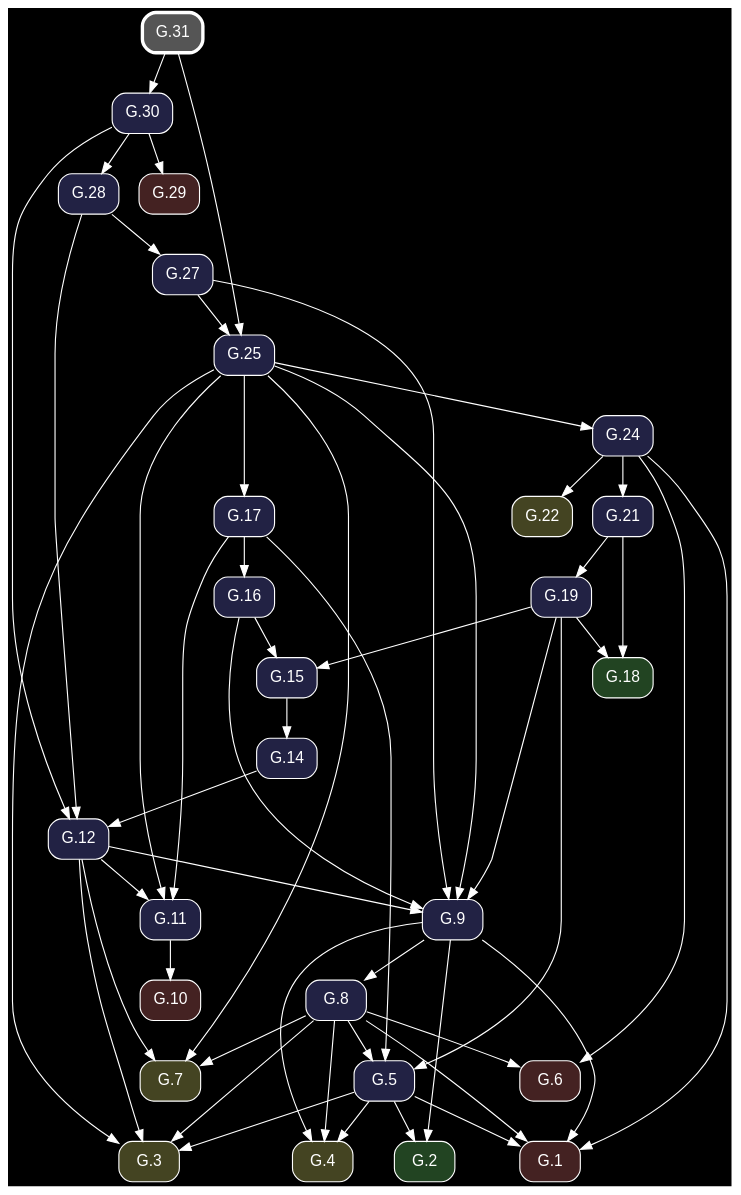
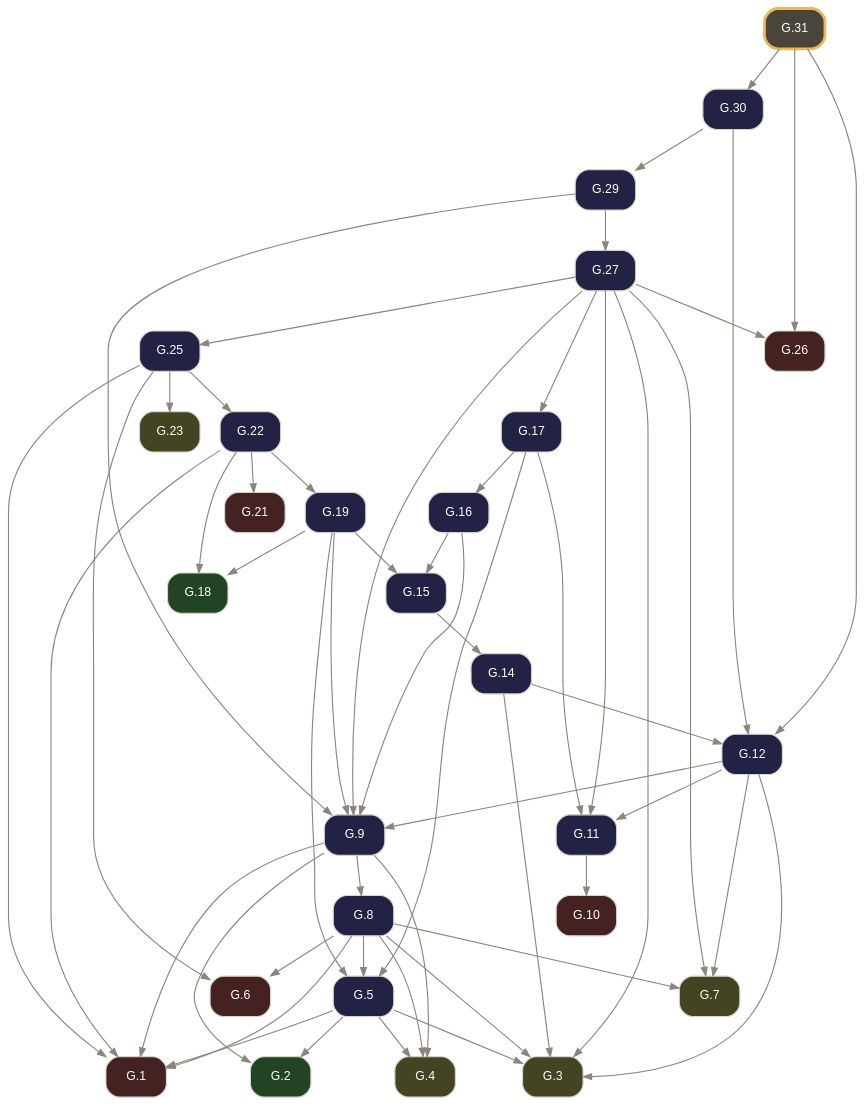
One commit to geometor/elements changed the diagram in docsrc/elements2/G.31/index.rst. Above: the diagram before and after it, drawn with Graphviz. The commit also changed other lines of this file and 261 other files, not shown here.

Commit message:
feat: rebuild Elements 2.0 G-Index pipeline from composed Euclid Heath edition (v0.3.0)

```diff
--- a/docsrc/elements2/G.31/index.rst
+++ b/docsrc/elements2/G.31/index.rst
@@ -73,86 +75,88 @@
 .. graphviz::
 
    digraph {
-     bgcolor="black";
-     node [shape=box, style="rounded,filled", fontname="Helvetica", color="white", fontcolor="white"];
-     edge [color="white", fontcolor="white"];
+     bgcolor="transparent";
+     node [shape=box, style="rounded,filled", fontname="Helvetica", fontsize=11, color="#d6d3cd", fontcolor="#ffffff"];
+     edge [color="#8c857b", fontcolor="#8c857b", arrowsize=0.75];
      rankdir="TB";
-     "G.27" [label="G.27", fillcolor="#222244", URL="/elements2/G.27/", target="_top"];
-     "G.6" [label="G.6", fillcolor="#442222", URL="/elements2/G.6/", target="_top"];
-     "G.19" [label="G.19", fillcolor="#222244", URL="/elements2/G.19/", target="_top"];
-     "G.24" [label="G.24", fillcolor="#222244", URL="/elements2/G.24/", target="_top"];
-     "G.21" [label="G.21", fillcolor="#222244", URL="/elements2/G.21/", target="_top"];
-     "G.10" [label="G.10", fillcolor="#442222", URL="/elements2/G.10/", target="_top"];
-     "G.7" [label="G.7", fillcolor="#444422", URL="/elements2/G.7/", target="_top"];
-     "G.17" [label="G.17", fillcolor="#222244", URL="/elements2/G.17/", target="_top"];
-     "G.3" [label="G.3", fillcolor="#444422", URL="/elements2/G.3/", target="_top"];
-     "G.15" [label="G.15", fillcolor="#222244", URL="/elements2/G.15/", target="_top"];
-     "G.5" [label="G.5", fillcolor="#222244", URL="/elements2/G.5/", target="_top"];
-     "G.30" [label="G.30", fillcolor="#222244", URL="/elements2/G.30/", target="_top"];
-     "G.1" [label="G.1", fillcolor="#442222", URL="/elements2/G.1/", target="_top"];
-     "G.2" [label="G.2", fillcolor="#224422", URL="/elements2/G.2/", target="_top"];
-     "G.12" [label="G.12", fillcolor="#222244", URL="/elements2/G.12/", target="_top"];
-     "G.22" [label="G.22", fillcolor="#444422", URL="/elements2/G.22/", target="_top"];
-     "G.14" [label="G.14", fillcolor="#222244", URL="/elements2/G.14/", target="_top"];
-     "G.28" [label="G.28", fillcolor="#222244", URL="/elements2/G.28/", target="_top"];
-     "G.8" [label="G.8", fillcolor="#222244", URL="/elements2/G.8/", target="_top"];
-     "G.9" [label="G.9", fillcolor="#222244", URL="/elements2/G.9/", target="_top"];
-     "G.25" [label="G.25", fillcolor="#222244", URL="/elements2/G.25/", target="_top"];
-     "G.18" [label="G.18", fillcolor="#224422", URL="/elements2/G.18/", target="_top"];
-     "G.29" [label="G.29", fillcolor="#442222", URL="/elements2/G.29/", target="_top"];
-     "G.11" [label="G.11", fillcolor="#222244", URL="/elements2/G.11/", target="_top"];
-     "G.31" [label="G.31", penwidth=3, color="white", fillcolor="#555555", URL="/elements2/G.31/", target="_top"];
-     "G.4" [label="G.4", fillcolor="#444422", URL="/elements2/G.4/", target="_top"];
-     "G.16" [label="G.16", fillcolor="#222244", URL="/elements2/G.16/", target="_top"];
-     "G.28" -> "G.27";
-     "G.24" -> "G.6";
-     "G.8" -> "G.6";
-     "G.21" -> "G.19";
-     "G.25" -> "G.24";
-     "G.24" -> "G.21";
-     "G.11" -> "G.10";
-     "G.25" -> "G.7";
-     "G.8" -> "G.7";
-     "G.12" -> "G.7";
-     "G.25" -> "G.17";
+     "G.1" [label="G.1", tooltip="G.1 (I.cn.1)", fillcolor="#442222", URL="../G.1/index.html", target="_top"];
+     "G.2" [label="G.2", tooltip="G.2 (I.def.15)", fillcolor="#224422", URL="../G.2/index.html", target="_top"];
+     "G.3" [label="G.3", tooltip="G.3 (I.post.1)", fillcolor="#444422", URL="../G.3/index.html", target="_top"];
+     "G.4" [label="G.4", tooltip="G.4 (I.post.3)", fillcolor="#444422", URL="../G.4/index.html", target="_top"];
+     "G.5" [label="G.5", tooltip="G.5 (I.1)", fillcolor="#222244", URL="../G.5/index.html", target="_top"];
+     "G.6" [label="G.6", tooltip="G.6 (I.cn.3)", fillcolor="#442222", URL="../G.6/index.html", target="_top"];
+     "G.7" [label="G.7", tooltip="G.7 (I.post.2)", fillcolor="#444422", URL="../G.7/index.html", target="_top"];
+     "G.8" [label="G.8", tooltip="G.8 (I.2)", fillcolor="#222244", URL="../G.8/index.html", target="_top"];
+     "G.9" [label="G.9", tooltip="G.9 (I.3)", fillcolor="#222244", URL="../G.9/index.html", target="_top"];
+     "G.10" [label="G.10", tooltip="G.10 (I.cn.4)", fillcolor="#442222", URL="../G.10/index.html", target="_top"];
+     "G.11" [label="G.11", tooltip="G.11 (I.4)", fillcolor="#222244", URL="../G.11/index.html", target="_top"];
+     "G.12" [label="G.12", tooltip="G.12 (I.5)", fillcolor="#222244", URL="../G.12/index.html", target="_top"];
+     "G.14" [label="G.14", tooltip="G.14 (I.7)", fillcolor="#222244", URL="../G.14/index.html", target="_top"];
+     "G.15" [label="G.15", tooltip="G.15 (I.8)", fillcolor="#222244", URL="../G.15/index.html", target="_top"];
+     "G.16" [label="G.16", tooltip="G.16 (I.9)", fillcolor="#222244", URL="../G.16/index.html", target="_top"];
+     "G.17" [label="G.17", tooltip="G.17 (I.10)", fillcolor="#222244", URL="../G.17/index.html", target="_top"];
+     "G.18" [label="G.18", tooltip="G.18 (I.def.10)", fillcolor="#224422", URL="../G.18/index.html", target="_top"];
+     "G.19" [label="G.19", tooltip="G.19 (I.11)", fillcolor="#222244", URL="../G.19/index.html", target="_top"];
+     "G.21" [label="G.21", tooltip="G.21 (I.cn.2)", fillcolor="#442222", URL="../G.21/index.html", target="_top"];
+     "G.22" [label="G.22", tooltip="G.22 (I.13)", fillcolor="#222244", URL="../G.22/index.html", target="_top"];
+     "G.23" [label="G.23", tooltip="G.23 (I.post.4)", fillcolor="#444422", URL="../G.23/index.html", target="_top"];
+     "G.25" [label="G.25", tooltip="G.25 (I.15)", fillcolor="#222244", URL="../G.25/index.html", target="_top"];
+     "G.26" [label="G.26", tooltip="G.26 (I.cn.5)", fillcolor="#442222", URL="../G.26/index.html", target="_top"];
+     "G.27" [label="G.27", tooltip="G.27 (I.16)", fillcolor="#222244", URL="../G.27/index.html", target="_top"];
+     "G.29" [label="G.29", tooltip="G.29 (I.18)", fillcolor="#222244", URL="../G.29/index.html", target="_top"];
+     "G.30" [label="G.30", tooltip="G.30 (I.19)", fillcolor="#222244", URL="../G.30/index.html", target="_top"];
+     "G.31" [label="G.31", tooltip="G.31 (I.20)", penwidth=2.5, color="#e8b85a", fillcolor="#4a453b", URL="index.html", target="_top"];
+     "G.5" -> "G.1";
+     "G.8" -> "G.1";
+     "G.9" -> "G.1";
+     "G.22" -> "G.1";
+     "G.25" -> "G.1";
+     "G.5" -> "G.2";
+     "G.9" -> "G.2";
      "G.5" -> "G.3";
-     "G.25" -> "G.3";
      "G.8" -> "G.3";
      "G.12" -> "G.3";
-     "G.19" -> "G.15";
-     "G.16" -> "G.15";
-     "G.19" -> "G.5";
-     "G.8" -> "G.5";
-     "G.17" -> "G.5";
-     "G.31" -> "G.30";
-     "G.5" -> "G.1";
-     "G.24" -> "G.1";
-     "G.8" -> "G.1";
-     "G.9" -> "G.1";
-     "G.5" -> "G.2";
-     "G.9" -> "G.2";
-     "G.30" -> "G.12";
-     "G.28" -> "G.12";
-     "G.14" -> "G.12";
-     "G.24" -> "G.22";
-     "G.15" -> "G.14";
-     "G.30" -> "G.28";
-     "G.9" -> "G.8";
-     "G.19" -> "G.9";
-     "G.25" -> "G.9";
-     "G.16" -> "G.9";
-     "G.27" -> "G.9";
-     "G.12" -> "G.9";
-     "G.27" -> "G.25";
-     "G.31" -> "G.25";
-     "G.19" -> "G.18";
-     "G.21" -> "G.18";
-     "G.30" -> "G.29";
-     "G.25" -> "G.11";
-     "G.17" -> "G.11";
-     "G.12" -> "G.11";
+     "G.14" -> "G.3";
+     "G.27" -> "G.3";
      "G.5" -> "G.4";
      "G.8" -> "G.4";
      "G.9" -> "G.4";
+     "G.8" -> "G.5";
+     "G.17" -> "G.5";
+     "G.19" -> "G.5";
+     "G.8" -> "G.6";
+     "G.25" -> "G.6";
+     "G.8" -> "G.7";
+     "G.12" -> "G.7";
+     "G.27" -> "G.7";
+     "G.9" -> "G.8";
+     "G.12" -> "G.9";
+     "G.16" -> "G.9";
+     "G.19" -> "G.9";
+     "G.27" -> "G.9";
+     "G.29" -> "G.9";
+     "G.11" -> "G.10";
+     "G.12" -> "G.11";
+     "G.17" -> "G.11";
+     "G.27" -> "G.11";
+     "G.14" -> "G.12";
+     "G.30" -> "G.12";
+     "G.31" -> "G.12";
+     "G.15" -> "G.14";
+     "G.16" -> "G.15";
+     "G.19" -> "G.15";
      "G.17" -> "G.16";
+     "G.27" -> "G.17";
+     "G.19" -> "G.18";
+     "G.22" -> "G.18";
+     "G.22" -> "G.19";
+     "G.22" -> "G.21";
+     "G.25" -> "G.22";
+     "G.25" -> "G.23";
+     "G.27" -> "G.25";
+     "G.27" -> "G.26";
+     "G.31" -> "G.26";
+     "G.29" -> "G.27";
+     "G.30" -> "G.29";
+     "G.31" -> "G.30";
    }
```
